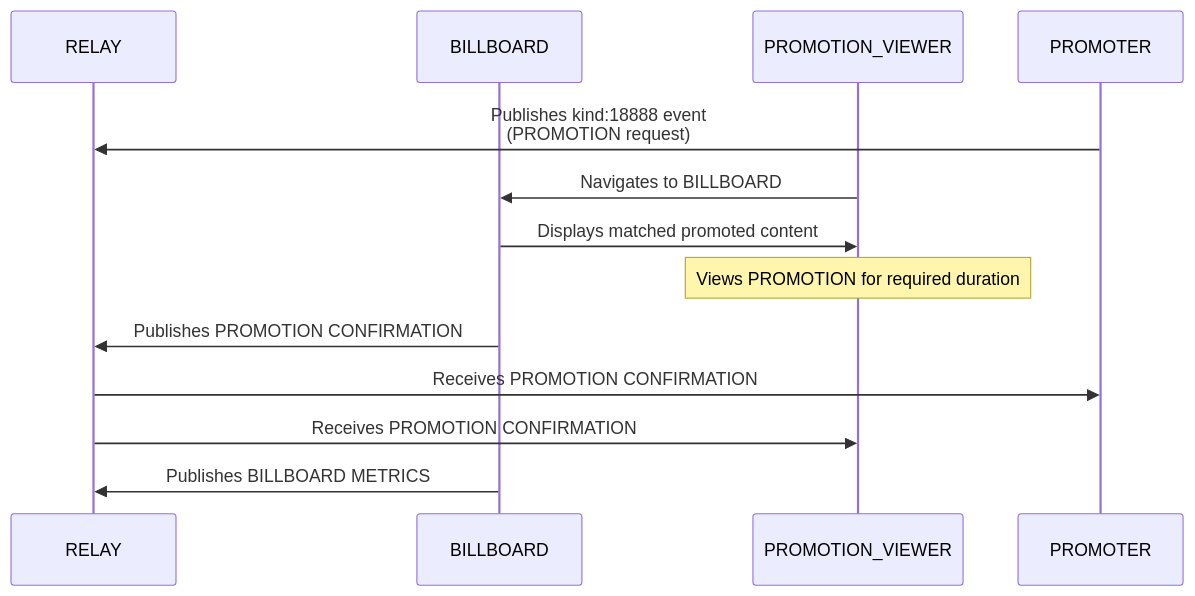
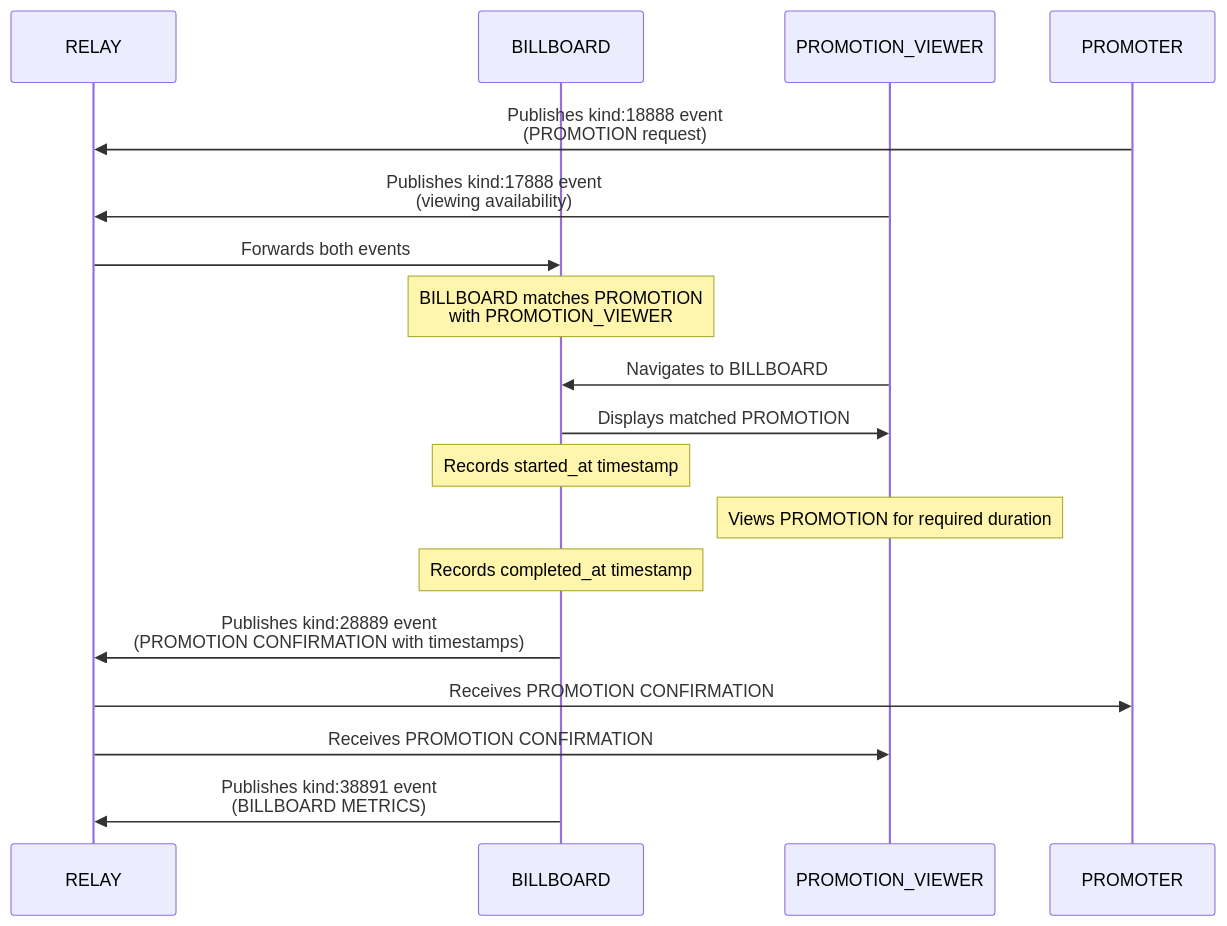
Before and after one commit to joinnextblock/attn-protocol: the diagram in NIP-X6.md, drawn with Mermaid. The commit also changed other lines of this file and 6 other files, not shown here.

````diff
--- a/NIP-X6.md
+++ b/NIP-X6.md
@@ -81,19 +81,25 @@
 ```mermaid
 sequenceDiagram
     participant RELAY
     participant BILLBOARD
     participant PROMOTION_VIEWER
     participant PROMOTER
 
     PROMOTER->>RELAY: Publishes kind:18888 event<br/>(PROMOTION request)
+    PROMOTION_VIEWER->>RELAY: Publishes kind:17888 event<br/>(viewing availability)
+    RELAY->>BILLBOARD: Forwards both events
+    Note over BILLBOARD: BILLBOARD matches PROMOTION<br/>with PROMOTION_VIEWER
+    
     PROMOTION_VIEWER->>BILLBOARD: Navigates to BILLBOARD
-    BILLBOARD->>PROMOTION_VIEWER: Displays matched promoted content
+    BILLBOARD->>PROMOTION_VIEWER: Displays matched PROMOTION
     
+    Note over BILLBOARD: Records started_at timestamp
     Note over PROMOTION_VIEWER: Views PROMOTION for required duration
+    Note over BILLBOARD: Records completed_at timestamp
     
-    BILLBOARD->>RELAY: Publishes PROMOTION CONFIRMATION
+    BILLBOARD->>RELAY: Publishes kind:28889 event<br/>(PROMOTION CONFIRMATION with timestamps)
     RELAY->>PROMOTER: Receives PROMOTION CONFIRMATION
     RELAY->>PROMOTION_VIEWER: Receives PROMOTION CONFIRMATION
     
-    BILLBOARD->>RELAY: Publishes BILLBOARD METRICS
+    BILLBOARD->>RELAY: Publishes kind:38891 event<br/>(BILLBOARD METRICS)
 ```
````
